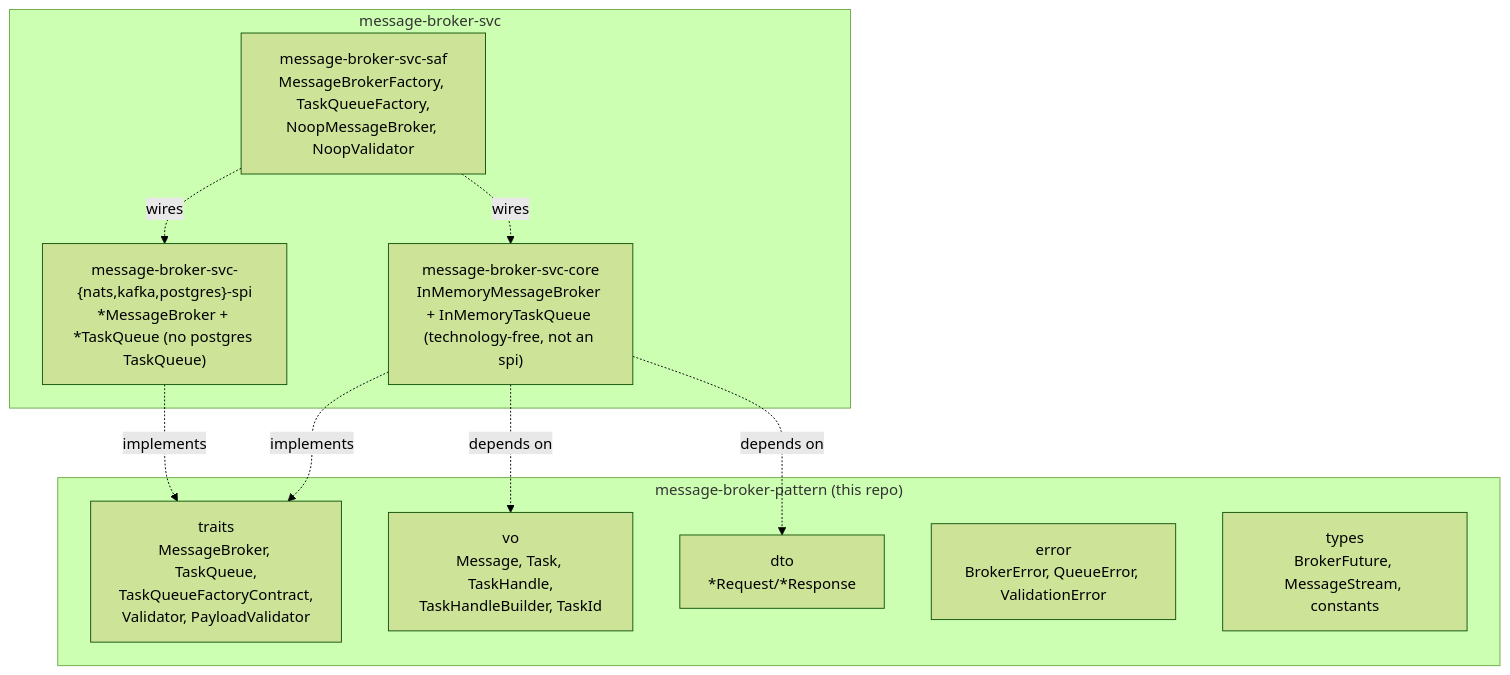
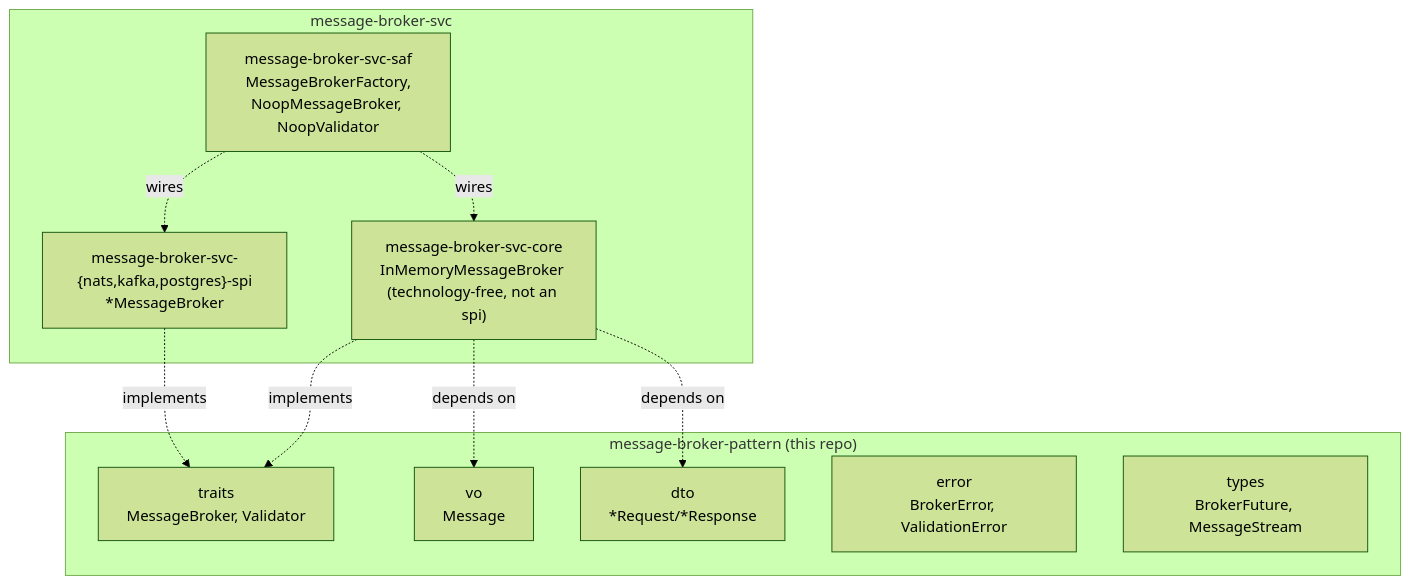
One commit to sweengineeringlabs/message-broker-pattern changed the diagram in docs/3-design/architecture.md. Above: the diagram before and after it, drawn with Mermaid (forest theme). The commit also changed other lines of this file and 31 other files, not shown here.

First line of the commit message:
refactor!: split TaskQueue out into task-queue-pattern (SRP)

````diff
--- a/docs/3-design/architecture.md
+++ b/docs/3-design/architecture.md
@@ -42,23 +41,23 @@
 ```mermaid
 flowchart TD
     subgraph pattern["message-broker-pattern (this repo)"]
-        traits["traits<br/>MessageBroker, TaskQueue,<br/>TaskQueueFactoryContract,<br/>Validator, PayloadValidator"]
-        vo["vo<br/>Message, Task, TaskHandle,<br/>TaskHandleBuilder, TaskId"]
+        traits["traits<br/>MessageBroker, Validator"]
+        vo["vo<br/>Message"]
         dto["dto<br/>*Request/*Response"]
-        error["error<br/>BrokerError, QueueError, ValidationError"]
-        types["types<br/>BrokerFuture, MessageStream, constants"]
+        error["error<br/>BrokerError, ValidationError"]
+        types["types<br/>BrokerFuture, MessageStream"]
     end
 
     subgraph svc["message-broker-svc"]
-        core["message-broker-svc-core<br/>InMemoryMessageBroker + InMemoryTaskQueue (technology-free, not an spi)"]
-        spi["message-broker-svc-{nats,kafka,postgres}-spi<br/>*MessageBroker + *TaskQueue (no postgres TaskQueue)"]
-        saf["message-broker-svc-saf<br/>MessageBrokerFactory, TaskQueueFactory,<br/>NoopMessageBroker, NoopValidator"]
+        core["message-broker-svc-core<br/>InMemoryMessageBroker (technology-free, not an spi)"]
+        spi["message-broker-svc-{nats,kafka,postgres}-spi<br/>*MessageBroker"]
+        saf["message-broker-svc-saf<br/>MessageBrokerFactory,<br/>NoopMessageBroker, NoopValidator"]
     end
 
     core -.->|implements| traits
     spi -.->|implements| traits
     core -.->|depends on| vo
     core -.->|depends on| dto
     saf -.->|wires| core
     saf -.->|wires| spi
 ```
````
